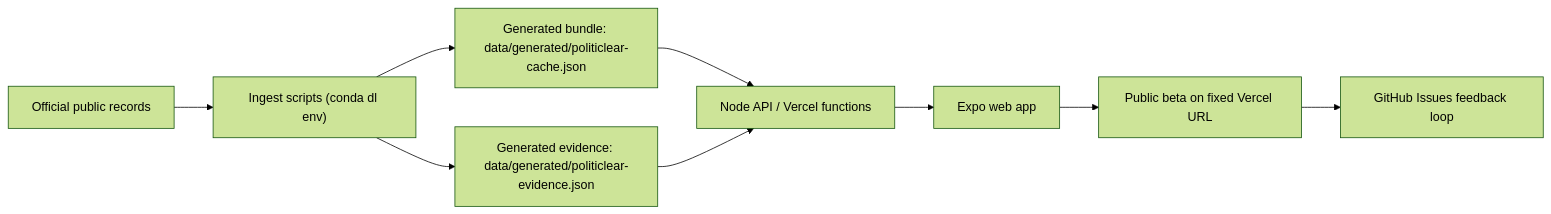
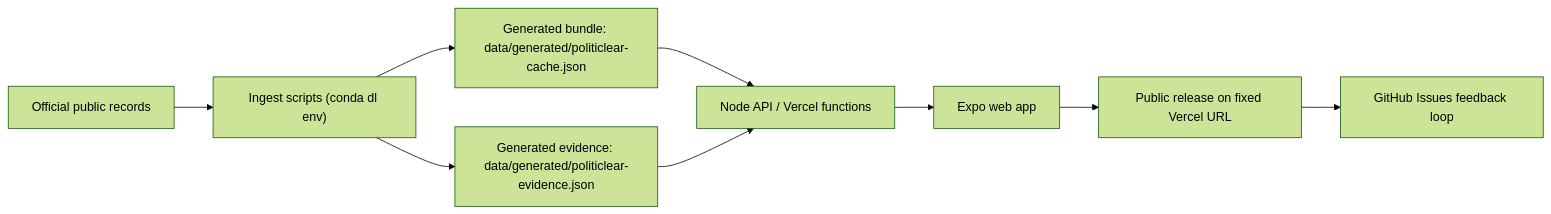
The diagram in README.md (bozliu/politiclear-v2), drawn with Mermaid (forest theme) before and after one commit. The commit also changed other lines of this file and 14 other files, not shown here.

````diff
--- a/README.md
+++ b/README.md
@@ -87,11 +87,11 @@
 ```mermaid
 flowchart LR
   A["Official public records"] --> B["Ingest scripts (conda dl env)"]
   B --> C["Generated bundle: data/generated/politiclear-cache.json"]
   B --> D["Generated evidence: data/generated/politiclear-evidence.json"]
   C --> E["Node API / Vercel functions"]
   D --> E
   E --> F["Expo web app"]
-  F --> G["Public beta on fixed Vercel URL"]
+  F --> G["Public release on fixed Vercel URL"]
   G --> H["GitHub Issues feedback loop"]
 ```
````
